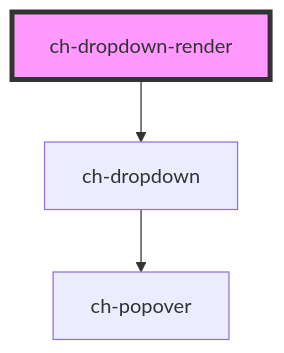
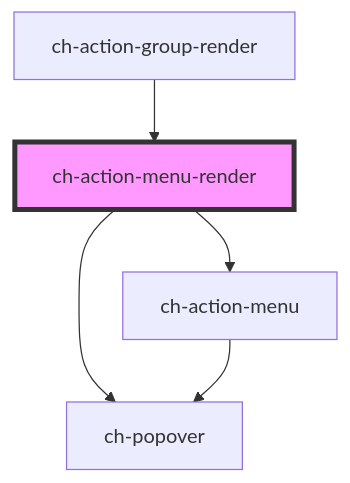
One commit to genexuslabs/chameleon-controls-library changed the diagram in src/components/action-menu/readme.md. Above: the diagram before and after it, drawn with Mermaid. The commit also changed other lines of this file and 15 other files, not shown here.

````diff
--- a/src/components/action-menu/readme.md
+++ b/src/components/action-menu/readme.md
@@ -29,6 +44,8 @@
 ```mermaid
 graph TD;
-  ch-dropdown-render --> ch-dropdown
-  ch-dropdown --> ch-popover
-  style ch-dropdown-render fill:#f9f,stroke:#333,stroke-width:4px
+  ch-action-menu-render --> ch-action-menu
+  ch-action-menu-render --> ch-popover
+  ch-action-menu --> ch-popover
+  ch-action-group-render --> ch-action-menu-render
+  style ch-action-menu-render fill:#f9f,stroke:#333,stroke-width:4px
 ```
````
